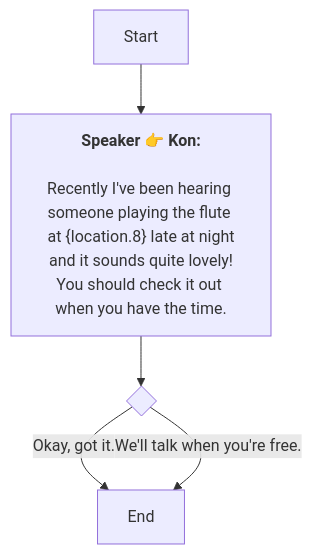
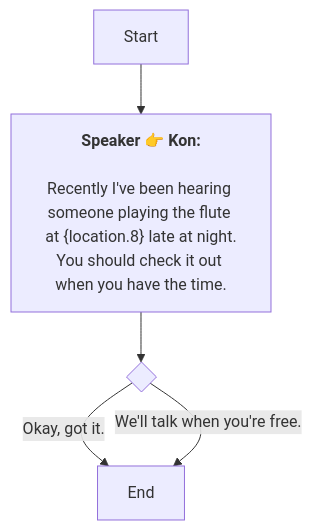
One commit to SoftHu/tos_avg changed the diagram in En/QuestStartTalkENode_1752682175385345.md. Above: the diagram before and after it, drawn with Mermaid. The commit also changed 312 other files, not shown here.

````diff
--- a/En/QuestStartTalkENode_1752682175385345.md
+++ b/En/QuestStartTalkENode_1752682175385345.md
@@ -1,12 +1,11 @@
 ```mermaid
 graph
 Start -->1752682875416325[<b>Speaker 👉 Kon:</b>
 
-Recently I've been hearing someone playing the flute at &lbrace;location.8&rbrace; late at night
-and it sounds quite lovely!
+Recently I've been hearing someone playing the flute at &lbrace;location.8&rbrace; late at night.
 You should check it out when you have the time.]
 1752682875416325 -->1752683452349190{ }
 1752683452349190 -->|Okay, got it.|1752683556918027[End]
 1752683452349190 -->|We'll talk when you're free.|1752683556918027[End]
 
  ```
````
